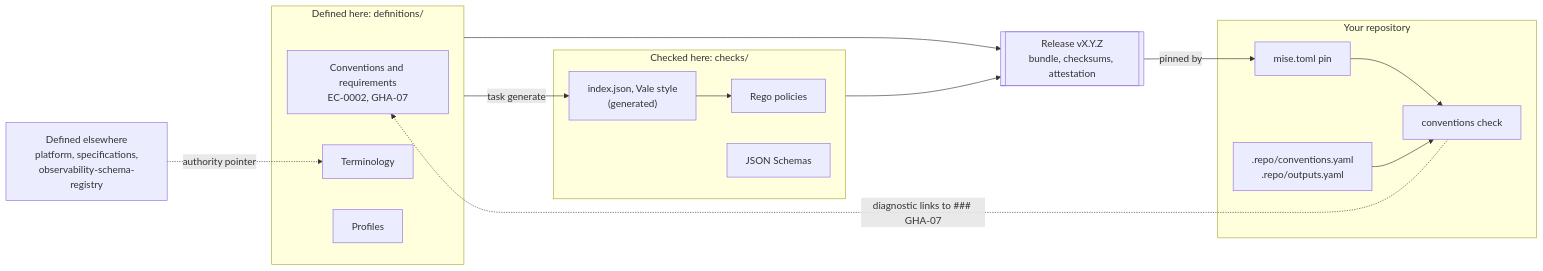
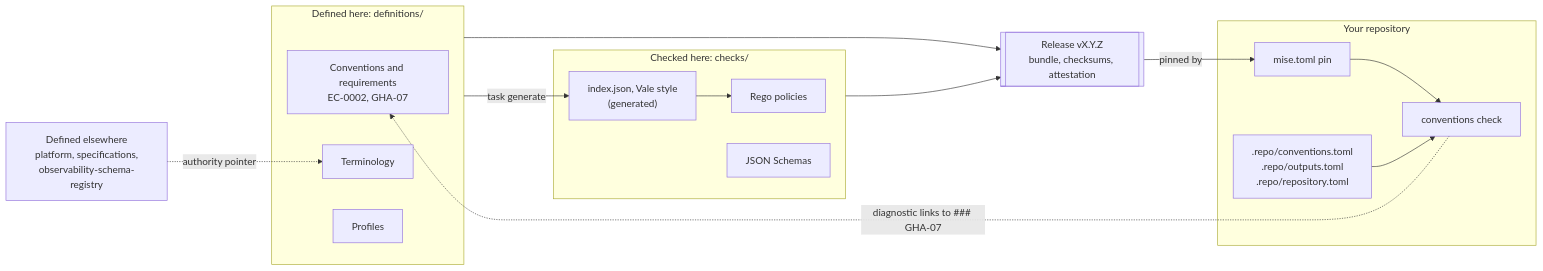
One commit to musher-dev/engineering-conventions changed the diagram in README.md. Above: the diagram before and after it, drawn with Mermaid. The commit also changed other lines of this file and 207 other files, not shown here.

First line of the commit message:
feat(conventions)!: name repositories, declare their identity, and move .repo/ to TOML (#23)

````diff
--- a/README.md
+++ b/README.md
@@ -54,30 +54,30 @@
 ```mermaid
 flowchart LR
   subgraph defined["Defined here: definitions/"]
     conventions["Conventions and requirements<br/>EC-0002, GHA-07"]
     terminology["Terminology"]
     profiles["Profiles"]
   end
   subgraph checked["Checked here: checks/"]
     rego["Rego policies"]
     schemas["JSON Schemas"]
     generated["index.json, Vale style<br/>(generated)"]
   end
   release[["Release vX.Y.Z<br/>bundle, checksums, attestation"]]
   subgraph yours["Your repository"]
     pin["mise.toml pin"]
-    declarations[".repo/conventions.yaml<br/>.repo/outputs.yaml"]
+    declarations[".repo/conventions.toml<br/>.repo/outputs.toml<br/>.repo/repository.toml"]
     check["conventions check"]
   end
   upstream["Defined elsewhere<br/>platform, specifications,<br/>observability-schema-registry"]
 
   defined -- "task generate" --> generated
   generated --> rego
   defined --> release
   checked --> release
   release -- "pinned by" --> pin
   pin --> check
   declarations --> check
   check -. "diagnostic links to ### GHA-07" .-> conventions
   upstream -. "authority pointer" .-> terminology
 ```
````
